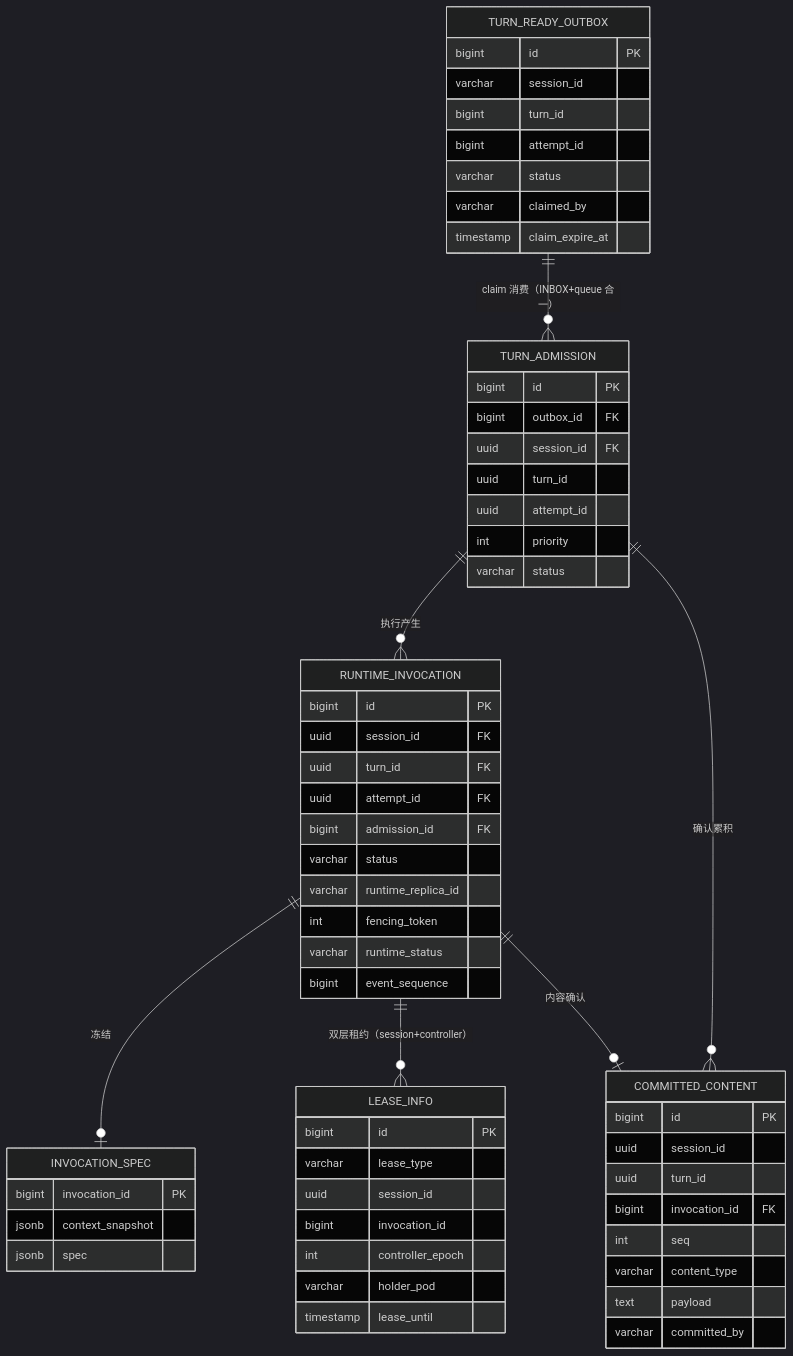
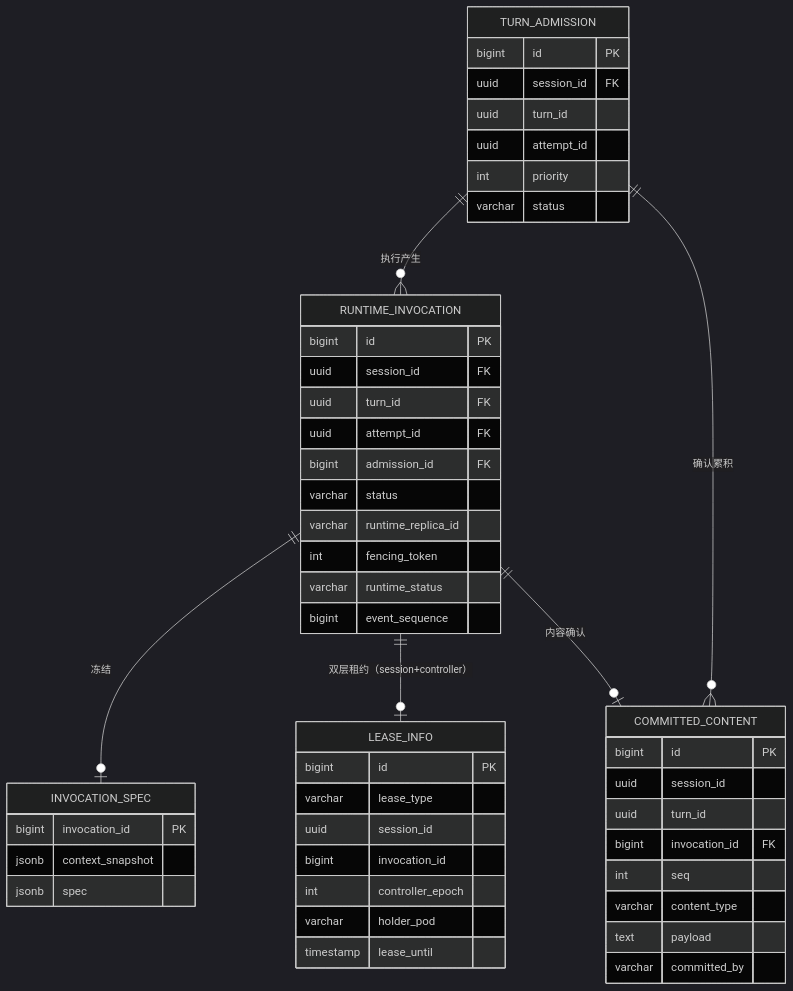
Before and after one commit to JamesLi-NLP/AgentGateway: the sixth of 7 diagrams in design/turn-scheduler-hld.md, drawn with Mermaid (dark theme). The commit also changed other lines of this file and 13 other files, not shown here.

````diff
--- a/design/turn-scheduler-hld.md
+++ b/design/turn-scheduler-hld.md
@@ -385,64 +398,53 @@
 ```mermaid
 erDiagram
-    TURN_READY_OUTBOX ||--o{ TURN_ADMISSION : "claim 消费（INBOX+queue 合一）"
     TURN_ADMISSION ||--o{ RUNTIME_INVOCATION : "执行产生"
     TURN_ADMISSION ||--o{ COMMITTED_CONTENT : "确认累积"
     RUNTIME_INVOCATION ||--o| INVOCATION_SPEC : "冻结"
-    RUNTIME_INVOCATION ||--o{ LEASE_INFO : "双层租约（session+controller）"
+    RUNTIME_INVOCATION ||--o| LEASE_INFO : "双层租约（session+controller）"
     RUNTIME_INVOCATION ||--o| COMMITTED_CONTENT : "内容确认"
 
-    TURN_READY_OUTBOX {
-        bigint id PK
-        varchar session_id
-        bigint turn_id
-        bigint attempt_id
-        varchar status
-        varchar claimed_by
-        timestamp claim_expire_at
-    }
     TURN_ADMISSION {
         bigint id PK
-        bigint outbox_id FK
         uuid session_id FK
         uuid turn_id
         uuid attempt_id
         int priority
         varchar status
     }
     RUNTIME_INVOCATION {
         bigint id PK
         uuid session_id FK
         uuid turn_id FK
         uuid attempt_id FK
         bigint admission_id FK
         varchar status
         varchar runtime_replica_id
         int fencing_token
         varchar runtime_status
         bigint event_sequence
     }
     INVOCATION_SPEC {
         bigint invocation_id PK
         jsonb context_snapshot
         jsonb spec
     }
     LEASE_INFO {
         bigint id PK
         varchar lease_type
         uuid session_id
         bigint invocation_id
         int controller_epoch
         varchar holder_pod
         timestamp lease_until
     }
     COMMITTED_CONTENT {
         bigint id PK
         uuid session_id
         uuid turn_id
         bigint invocation_id FK
         int seq
         varchar content_type
         text payload
         varchar committed_by
     }
 ```
````
